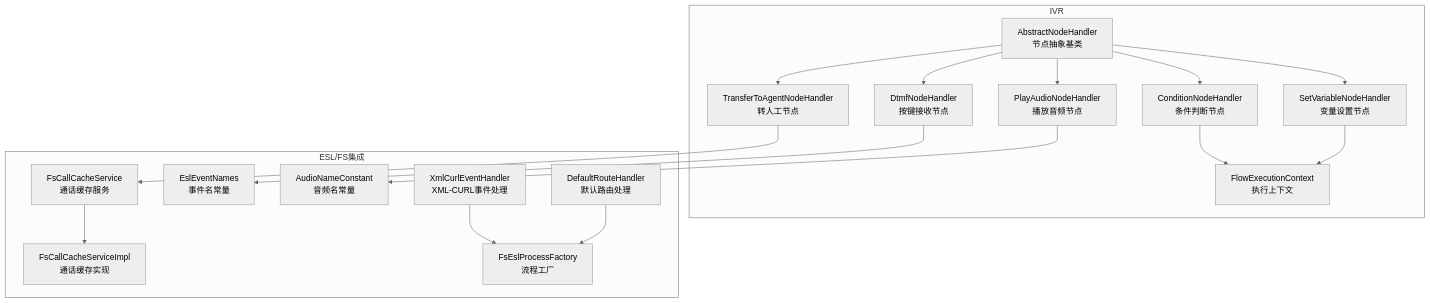
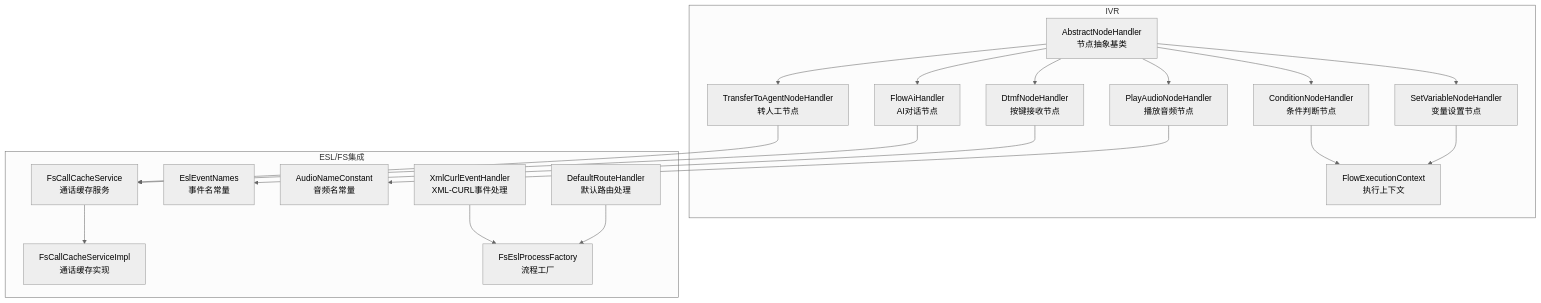
The first of 11 diagrams in .qoder/repowiki/zh/content/IVR流程系统/节点处理器/节点处理器.md (D2Moqi/open-ipcc), drawn with Mermaid (neutral theme) before and after one commit. The commit also changed other lines of this file and 577 other files, not shown here.

````diff
--- a/.qoder/repowiki/zh/content/IVR流程系统/节点处理器/节点处理器.md
+++ b/.qoder/repowiki/zh/content/IVR流程系统/节点处理器/节点处理器.md
@@ -43,34 +58,37 @@
 ```mermaid
 graph TB
 subgraph "IVR"
 A["AbstractNodeHandler<br/>节点抽象基类"]
 B["PlayAudioNodeHandler<br/>播放音频节点"]
 C["DtmfNodeHandler<br/>按键接收节点"]
 D["ConditionNodeHandler<br/>条件判断节点"]
 E["TransferToAgentNodeHandler<br/>转人工节点"]
 F["SetVariableNodeHandler<br/>变量设置节点"]
-G["FlowExecutionContext<br/>执行上下文"]
+G["FlowAiHandler<br/>AI对话节点"]
+H["FlowExecutionContext<br/>执行上下文"]
 end
 subgraph "ESL/FS集成"
-H["FsCallCacheService<br/>通话缓存服务"]
-I["FsCallCacheServiceImpl<br/>通话缓存实现"]
-J["EslEventNames<br/>事件名常量"]
-K["AudioNameConstant<br/>音频名常量"]
-L["XmlCurlEventHandler<br/>XML-CURL事件处理"]
-M["DefaultRouteHandler<br/>默认路由处理"]
-N["FsEslProcessFactory<br/>流程工厂"]
+I["FsCallCacheService<br/>通话缓存服务"]
+J["FsCallCacheServiceImpl<br/>通话缓存实现"]
+K["EslEventNames<br/>事件名常量"]
+L["AudioNameConstant<br/>音频名常量"]
+M["XmlCurlEventHandler<br/>XML-CURL事件处理"]
+N["DefaultRouteHandler<br/>默认路由处理"]
+O["FsEslProcessFactory<br/>流程工厂"]
 end
 A --> B
 A --> C
 A --> D
 A --> E
 A --> F
-B --> K
-C --> J
-D --> G
-E --> H
-F --> G
-L --> N
-M --> N
-H --> I
+A --> G
+B --> L
+C --> K
+D --> H
+E --> I
+F --> H
+G --> I
+M --> O
+N --> O
+I --> J
 ```
````
